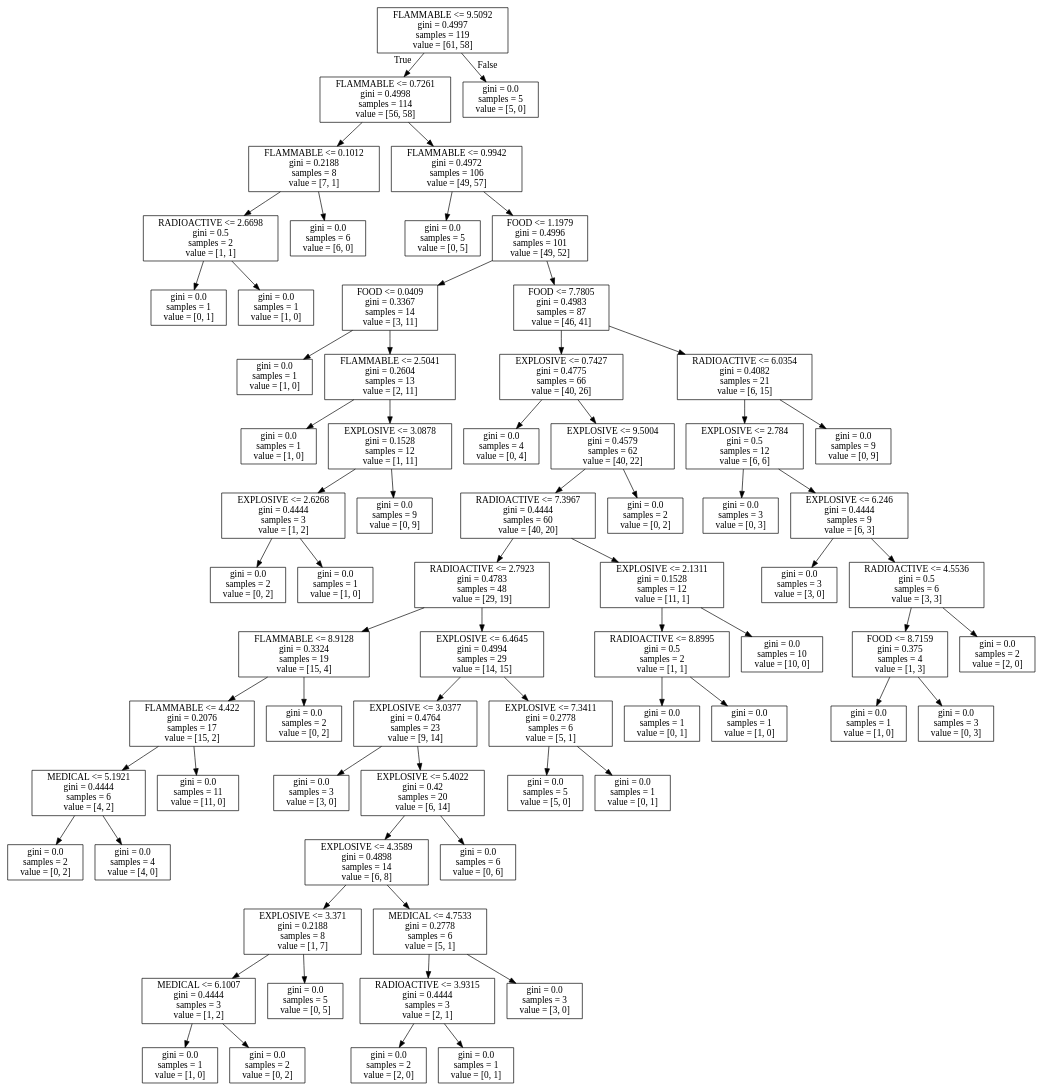
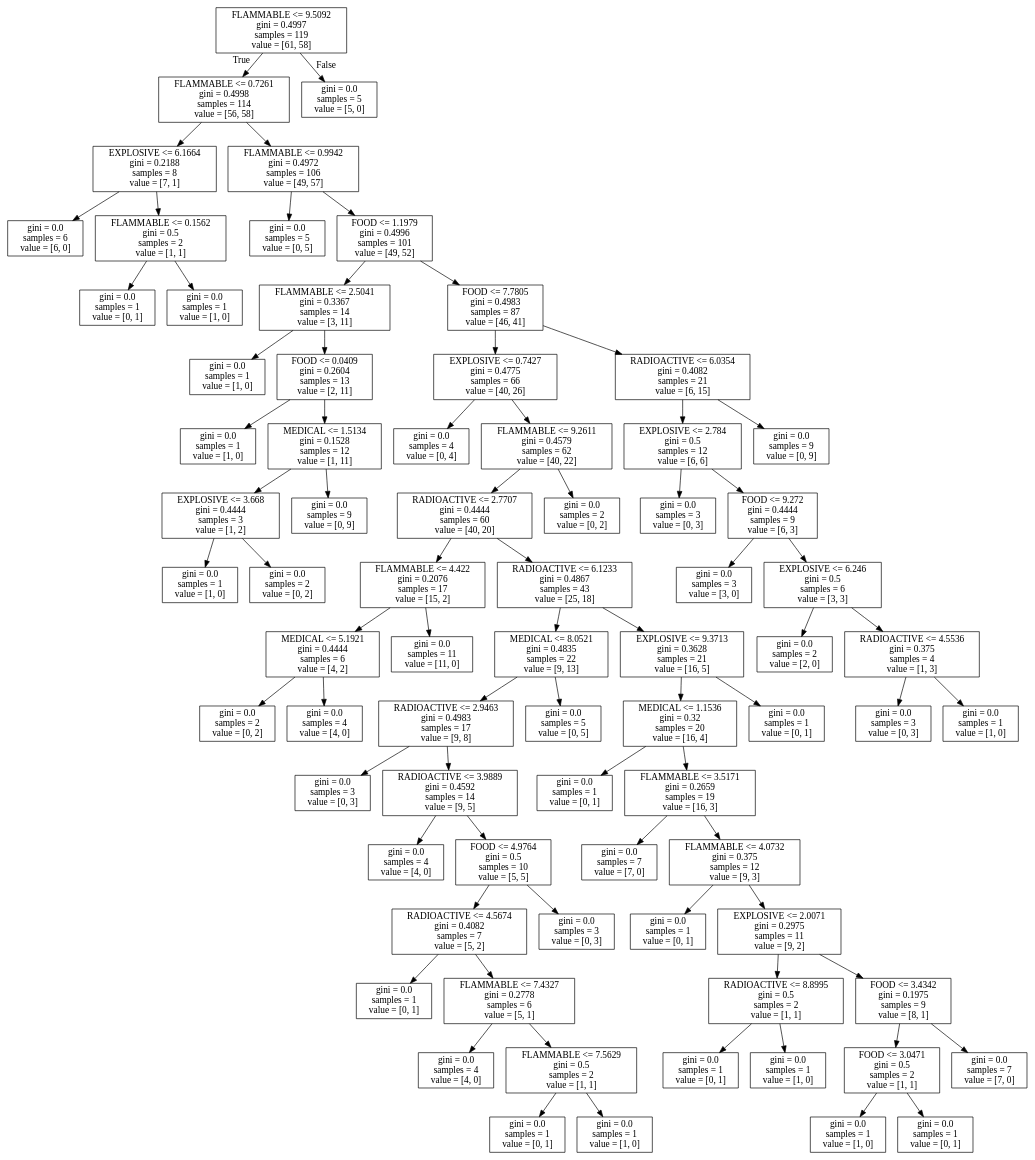
One commit to DariuszMak/AI_2017 changed the diagram in decision_tree/dt.dot. Above: the diagram before and after it, drawn with Graphviz. The commit also changed 3 other files, not shown here.

```diff
--- a/decision_tree/dt.dot
+++ b/decision_tree/dt.dot
@@ -1,140 +1,152 @@
 digraph Tree {
 node [shape=box] ;
 0 [label="FLAMMABLE <= 9.5092\ngini = 0.4997\nsamples = 119\nvalue = [61, 58]"] ;
 1 [label="FLAMMABLE <= 0.7261\ngini = 0.4998\nsamples = 114\nvalue = [56, 58]"] ;
 0 -> 1 [labeldistance=2.5, labelangle=45, headlabel="True"] ;
-2 [label="FLAMMABLE <= 0.1012\ngini = 0.2188\nsamples = 8\nvalue = [7, 1]"] ;
+2 [label="EXPLOSIVE <= 6.1664\ngini = 0.2188\nsamples = 8\nvalue = [7, 1]"] ;
 1 -> 2 ;
-3 [label="RADIOACTIVE <= 2.6698\ngini = 0.5\nsamples = 2\nvalue = [1, 1]"] ;
+3 [label="gini = 0.0\nsamples = 6\nvalue = [6, 0]"] ;
 2 -> 3 ;
-4 [label="gini = 0.0\nsamples = 1\nvalue = [0, 1]"] ;
-3 -> 4 ;
-5 [label="gini = 0.0\nsamples = 1\nvalue = [1, 0]"] ;
-3 -> 5 ;
-6 [label="gini = 0.0\nsamples = 6\nvalue = [6, 0]"] ;
-2 -> 6 ;
+4 [label="FLAMMABLE <= 0.1562\ngini = 0.5\nsamples = 2\nvalue = [1, 1]"] ;
+2 -> 4 ;
+5 [label="gini = 0.0\nsamples = 1\nvalue = [0, 1]"] ;
+4 -> 5 ;
+6 [label="gini = 0.0\nsamples = 1\nvalue = [1, 0]"] ;
+4 -> 6 ;
 7 [label="FLAMMABLE <= 0.9942\ngini = 0.4972\nsamples = 106\nvalue = [49, 57]"] ;
 1 -> 7 ;
 8 [label="gini = 0.0\nsamples = 5\nvalue = [0, 5]"] ;
 7 -> 8 ;
 9 [label="FOOD <= 1.1979\ngini = 0.4996\nsamples = 101\nvalue = [49, 52]"] ;
 7 -> 9 ;
-10 [label="FOOD <= 0.0409\ngini = 0.3367\nsamples = 14\nvalue = [3, 11]"] ;
+10 [label="FLAMMABLE <= 2.5041\ngini = 0.3367\nsamples = 14\nvalue = [3, 11]"] ;
 9 -> 10 ;
 11 [label="gini = 0.0\nsamples = 1\nvalue = [1, 0]"] ;
 10 -> 11 ;
-12 [label="FLAMMABLE <= 2.5041\ngini = 0.2604\nsamples = 13\nvalue = [2, 11]"] ;
+12 [label="FOOD <= 0.0409\ngini = 0.2604\nsamples = 13\nvalue = [2, 11]"] ;
 10 -> 12 ;
 13 [label="gini = 0.0\nsamples = 1\nvalue = [1, 0]"] ;
 12 -> 13 ;
-14 [label="EXPLOSIVE <= 3.0878\ngini = 0.1528\nsamples = 12\nvalue = [1, 11]"] ;
+14 [label="MEDICAL <= 1.5134\ngini = 0.1528\nsamples = 12\nvalue = [1, 11]"] ;
 12 -> 14 ;
-15 [label="EXPLOSIVE <= 2.6268\ngini = 0.4444\nsamples = 3\nvalue = [1, 2]"] ;
+15 [label="EXPLOSIVE <= 3.668\ngini = 0.4444\nsamples = 3\nvalue = [1, 2]"] ;
 14 -> 15 ;
-16 [label="gini = 0.0\nsamples = 2\nvalue = [0, 2]"] ;
+16 [label="gini = 0.0\nsamples = 1\nvalue = [1, 0]"] ;
 15 -> 16 ;
-17 [label="gini = 0.0\nsamples = 1\nvalue = [1, 0]"] ;
+17 [label="gini = 0.0\nsamples = 2\nvalue = [0, 2]"] ;
 15 -> 17 ;
 18 [label="gini = 0.0\nsamples = 9\nvalue = [0, 9]"] ;
 14 -> 18 ;
 19 [label="FOOD <= 7.7805\ngini = 0.4983\nsamples = 87\nvalue = [46, 41]"] ;
 9 -> 19 ;
 20 [label="EXPLOSIVE <= 0.7427\ngini = 0.4775\nsamples = 66\nvalue = [40, 26]"] ;
 19 -> 20 ;
 21 [label="gini = 0.0\nsamples = 4\nvalue = [0, 4]"] ;
 20 -> 21 ;
-22 [label="EXPLOSIVE <= 9.5004\ngini = 0.4579\nsamples = 62\nvalue = [40, 22]"] ;
+22 [label="FLAMMABLE <= 9.2611\ngini = 0.4579\nsamples = 62\nvalue = [40, 22]"] ;
 20 -> 22 ;
-23 [label="RADIOACTIVE <= 7.3967\ngini = 0.4444\nsamples = 60\nvalue = [40, 20]"] ;
+23 [label="RADIOACTIVE <= 2.7707\ngini = 0.4444\nsamples = 60\nvalue = [40, 20]"] ;
 22 -> 23 ;
-24 [label="RADIOACTIVE <= 2.7923\ngini = 0.4783\nsamples = 48\nvalue = [29, 19]"] ;
+24 [label="FLAMMABLE <= 4.422\ngini = 0.2076\nsamples = 17\nvalue = [15, 2]"] ;
 23 -> 24 ;
-25 [label="FLAMMABLE <= 8.9128\ngini = 0.3324\nsamples = 19\nvalue = [15, 4]"] ;
+25 [label="MEDICAL <= 5.1921\ngini = 0.4444\nsamples = 6\nvalue = [4, 2]"] ;
 24 -> 25 ;
-26 [label="FLAMMABLE <= 4.422\ngini = 0.2076\nsamples = 17\nvalue = [15, 2]"] ;
+26 [label="gini = 0.0\nsamples = 2\nvalue = [0, 2]"] ;
 25 -> 26 ;
-27 [label="MEDICAL <= 5.1921\ngini = 0.4444\nsamples = 6\nvalue = [4, 2]"] ;
-26 -> 27 ;
-28 [label="gini = 0.0\nsamples = 2\nvalue = [0, 2]"] ;
-27 -> 28 ;
-29 [label="gini = 0.0\nsamples = 4\nvalue = [4, 0]"] ;
-27 -> 29 ;
-30 [label="gini = 0.0\nsamples = 11\nvalue = [11, 0]"] ;
-26 -> 30 ;
-31 [label="gini = 0.0\nsamples = 2\nvalue = [0, 2]"] ;
-25 -> 31 ;
-32 [label="EXPLOSIVE <= 6.4645\ngini = 0.4994\nsamples = 29\nvalue = [14, 15]"] ;
-24 -> 32 ;
-33 [label="EXPLOSIVE <= 3.0377\ngini = 0.4764\nsamples = 23\nvalue = [9, 14]"] ;
-32 -> 33 ;
-34 [label="gini = 0.0\nsamples = 3\nvalue = [3, 0]"] ;
+27 [label="gini = 0.0\nsamples = 4\nvalue = [4, 0]"] ;
+25 -> 27 ;
+28 [label="gini = 0.0\nsamples = 11\nvalue = [11, 0]"] ;
+24 -> 28 ;
+29 [label="RADIOACTIVE <= 6.1233\ngini = 0.4867\nsamples = 43\nvalue = [25, 18]"] ;
+23 -> 29 ;
+30 [label="MEDICAL <= 8.0521\ngini = 0.4835\nsamples = 22\nvalue = [9, 13]"] ;
+29 -> 30 ;
+31 [label="RADIOACTIVE <= 2.9463\ngini = 0.4983\nsamples = 17\nvalue = [9, 8]"] ;
+30 -> 31 ;
+32 [label="gini = 0.0\nsamples = 3\nvalue = [0, 3]"] ;
+31 -> 32 ;
+33 [label="RADIOACTIVE <= 3.9889\ngini = 0.4592\nsamples = 14\nvalue = [9, 5]"] ;
+31 -> 33 ;
+34 [label="gini = 0.0\nsamples = 4\nvalue = [4, 0]"] ;
 33 -> 34 ;
-35 [label="EXPLOSIVE <= 5.4022\ngini = 0.42\nsamples = 20\nvalue = [6, 14]"] ;
+35 [label="FOOD <= 4.9764\ngini = 0.5\nsamples = 10\nvalue = [5, 5]"] ;
 33 -> 35 ;
-36 [label="EXPLOSIVE <= 4.3589\ngini = 0.4898\nsamples = 14\nvalue = [6, 8]"] ;
+36 [label="RADIOACTIVE <= 4.5674\ngini = 0.4082\nsamples = 7\nvalue = [5, 2]"] ;
 35 -> 36 ;
-37 [label="EXPLOSIVE <= 3.371\ngini = 0.2188\nsamples = 8\nvalue = [1, 7]"] ;
+37 [label="gini = 0.0\nsamples = 1\nvalue = [0, 1]"] ;
 36 -> 37 ;
-38 [label="MEDICAL <= 6.1007\ngini = 0.4444\nsamples = 3\nvalue = [1, 2]"] ;
-37 -> 38 ;
-39 [label="gini = 0.0\nsamples = 1\nvalue = [1, 0]"] ;
+38 [label="FLAMMABLE <= 7.4327\ngini = 0.2778\nsamples = 6\nvalue = [5, 1]"] ;
+36 -> 38 ;
+39 [label="gini = 0.0\nsamples = 4\nvalue = [4, 0]"] ;
 38 -> 39 ;
-40 [label="gini = 0.0\nsamples = 2\nvalue = [0, 2]"] ;
+40 [label="FLAMMABLE <= 7.5629\ngini = 0.5\nsamples = 2\nvalue = [1, 1]"] ;
 38 -> 40 ;
-41 [label="gini = 0.0\nsamples = 5\nvalue = [0, 5]"] ;
-37 -> 41 ;
-42 [label="MEDICAL <= 4.7533\ngini = 0.2778\nsamples = 6\nvalue = [5, 1]"] ;
-36 -> 42 ;
-43 [label="RADIOACTIVE <= 3.9315\ngini = 0.4444\nsamples = 3\nvalue = [2, 1]"] ;
-42 -> 43 ;
-44 [label="gini = 0.0\nsamples = 2\nvalue = [2, 0]"] ;
-43 -> 44 ;
-45 [label="gini = 0.0\nsamples = 1\nvalue = [0, 1]"] ;
-43 -> 45 ;
-46 [label="gini = 0.0\nsamples = 3\nvalue = [3, 0]"] ;
-42 -> 46 ;
-47 [label="gini = 0.0\nsamples = 6\nvalue = [0, 6]"] ;
-35 -> 47 ;
-48 [label="EXPLOSIVE <= 7.3411\ngini = 0.2778\nsamples = 6\nvalue = [5, 1]"] ;
-32 -> 48 ;
-49 [label="gini = 0.0\nsamples = 5\nvalue = [5, 0]"] ;
+41 [label="gini = 0.0\nsamples = 1\nvalue = [0, 1]"] ;
+40 -> 41 ;
+42 [label="gini = 0.0\nsamples = 1\nvalue = [1, 0]"] ;
+40 -> 42 ;
+43 [label="gini = 0.0\nsamples = 3\nvalue = [0, 3]"] ;
+35 -> 43 ;
+44 [label="gini = 0.0\nsamples = 5\nvalue = [0, 5]"] ;
+30 -> 44 ;
+45 [label="EXPLOSIVE <= 9.3713\ngini = 0.3628\nsamples = 21\nvalue = [16, 5]"] ;
+29 -> 45 ;
+46 [label="MEDICAL <= 1.1536\ngini = 0.32\nsamples = 20\nvalue = [16, 4]"] ;
+45 -> 46 ;
+47 [label="gini = 0.0\nsamples = 1\nvalue = [0, 1]"] ;
+46 -> 47 ;
+48 [label="FLAMMABLE <= 3.5171\ngini = 0.2659\nsamples = 19\nvalue = [16, 3]"] ;
+46 -> 48 ;
+49 [label="gini = 0.0\nsamples = 7\nvalue = [7, 0]"] ;
 48 -> 49 ;
-50 [label="gini = 0.0\nsamples = 1\nvalue = [0, 1]"] ;
+50 [label="FLAMMABLE <= 4.0732\ngini = 0.375\nsamples = 12\nvalue = [9, 3]"] ;
 48 -> 50 ;
-51 [label="EXPLOSIVE <= 2.1311\ngini = 0.1528\nsamples = 12\nvalue = [11, 1]"] ;
-23 -> 51 ;
-52 [label="RADIOACTIVE <= 8.8995\ngini = 0.5\nsamples = 2\nvalue = [1, 1]"] ;
-51 -> 52 ;
-53 [label="gini = 0.0\nsamples = 1\nvalue = [0, 1]"] ;
+51 [label="gini = 0.0\nsamples = 1\nvalue = [0, 1]"] ;
+50 -> 51 ;
+52 [label="EXPLOSIVE <= 2.0071\ngini = 0.2975\nsamples = 11\nvalue = [9, 2]"] ;
+50 -> 52 ;
+53 [label="RADIOACTIVE <= 8.8995\ngini = 0.5\nsamples = 2\nvalue = [1, 1]"] ;
 52 -> 53 ;
-54 [label="gini = 0.0\nsamples = 1\nvalue = [1, 0]"] ;
-52 -> 54 ;
-55 [label="gini = 0.0\nsamples = 10\nvalue = [10, 0]"] ;
-51 -> 55 ;
-56 [label="gini = 0.0\nsamples = 2\nvalue = [0, 2]"] ;
-22 -> 56 ;
-57 [label="RADIOACTIVE <= 6.0354\ngini = 0.4082\nsamples = 21\nvalue = [6, 15]"] ;
-19 -> 57 ;
-58 [label="EXPLOSIVE <= 2.784\ngini = 0.5\nsamples = 12\nvalue = [6, 6]"] ;
+54 [label="gini = 0.0\nsamples = 1\nvalue = [0, 1]"] ;
+53 -> 54 ;
+55 [label="gini = 0.0\nsamples = 1\nvalue = [1, 0]"] ;
+53 -> 55 ;
+56 [label="FOOD <= 3.4342\ngini = 0.1975\nsamples = 9\nvalue = [8, 1]"] ;
+52 -> 56 ;
+57 [label="FOOD <= 3.0471\ngini = 0.5\nsamples = 2\nvalue = [1, 1]"] ;
+56 -> 57 ;
+58 [label="gini = 0.0\nsamples = 1\nvalue = [1, 0]"] ;
 57 -> 58 ;
-59 [label="gini = 0.0\nsamples = 3\nvalue = [0, 3]"] ;
-58 -> 59 ;
-60 [label="EXPLOSIVE <= 6.246\ngini = 0.4444\nsamples = 9\nvalue = [6, 3]"] ;
-58 -> 60 ;
-61 [label="gini = 0.0\nsamples = 3\nvalue = [3, 0]"] ;
-60 -> 61 ;
-62 [label="RADIOACTIVE <= 4.5536\ngini = 0.5\nsamples = 6\nvalue = [3, 3]"] ;
-60 -> 62 ;
-63 [label="FOOD <= 8.7159\ngini = 0.375\nsamples = 4\nvalue = [1, 3]"] ;
-62 -> 63 ;
-64 [label="gini = 0.0\nsamples = 1\nvalue = [1, 0]"] ;
+59 [label="gini = 0.0\nsamples = 1\nvalue = [0, 1]"] ;
+57 -> 59 ;
+60 [label="gini = 0.0\nsamples = 7\nvalue = [7, 0]"] ;
+56 -> 60 ;
+61 [label="gini = 0.0\nsamples = 1\nvalue = [0, 1]"] ;
+45 -> 61 ;
+62 [label="gini = 0.0\nsamples = 2\nvalue = [0, 2]"] ;
+22 -> 62 ;
+63 [label="RADIOACTIVE <= 6.0354\ngini = 0.4082\nsamples = 21\nvalue = [6, 15]"] ;
+19 -> 63 ;
+64 [label="EXPLOSIVE <= 2.784\ngini = 0.5\nsamples = 12\nvalue = [6, 6]"] ;
 63 -> 64 ;
 65 [label="gini = 0.0\nsamples = 3\nvalue = [0, 3]"] ;
-63 -> 65 ;
-66 [label="gini = 0.0\nsamples = 2\nvalue = [2, 0]"] ;
-62 -> 66 ;
-67 [label="gini = 0.0\nsamples = 9\nvalue = [0, 9]"] ;
-57 -> 67 ;
-68 [label="gini = 0.0\nsamples = 5\nvalue = [5, 0]"] ;
-0 -> 68 [labeldistance=2.5, labelangle=-45, headlabel="False"] ;
+64 -> 65 ;
+66 [label="FOOD <= 9.272\ngini = 0.4444\nsamples = 9\nvalue = [6, 3]"] ;
+64 -> 66 ;
+67 [label="gini = 0.0\nsamples = 3\nvalue = [3, 0]"] ;
+66 -> 67 ;
+68 [label="EXPLOSIVE <= 6.246\ngini = 0.5\nsamples = 6\nvalue = [3, 3]"] ;
+66 -> 68 ;
+69 [label="gini = 0.0\nsamples = 2\nvalue = [2, 0]"] ;
+68 -> 69 ;
+70 [label="RADIOACTIVE <= 4.5536\ngini = 0.375\nsamples = 4\nvalue = [1, 3]"] ;
+68 -> 70 ;
+71 [label="gini = 0.0\nsamples = 3\nvalue = [0, 3]"] ;
+70 -> 71 ;
+72 [label="gini = 0.0\nsamples = 1\nvalue = [1, 0]"] ;
+70 -> 72 ;
+73 [label="gini = 0.0\nsamples = 9\nvalue = [0, 9]"] ;
+63 -> 73 ;
+74 [label="gini = 0.0\nsamples = 5\nvalue = [5, 0]"] ;
+0 -> 74 [labeldistance=2.5, labelangle=-45, headlabel="False"] ;
 }
```
